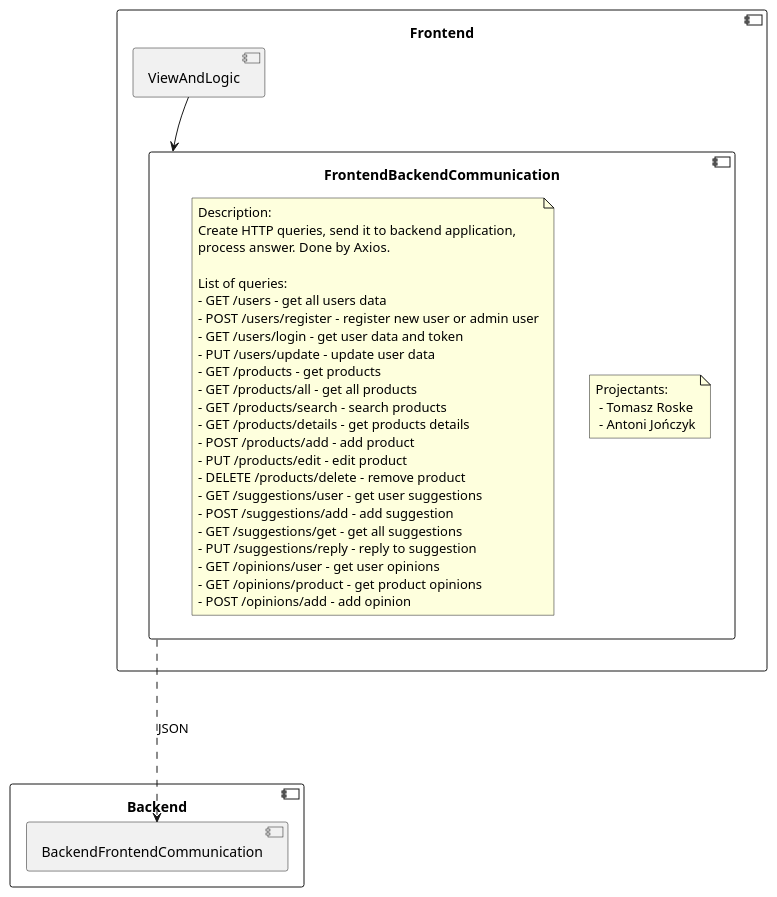
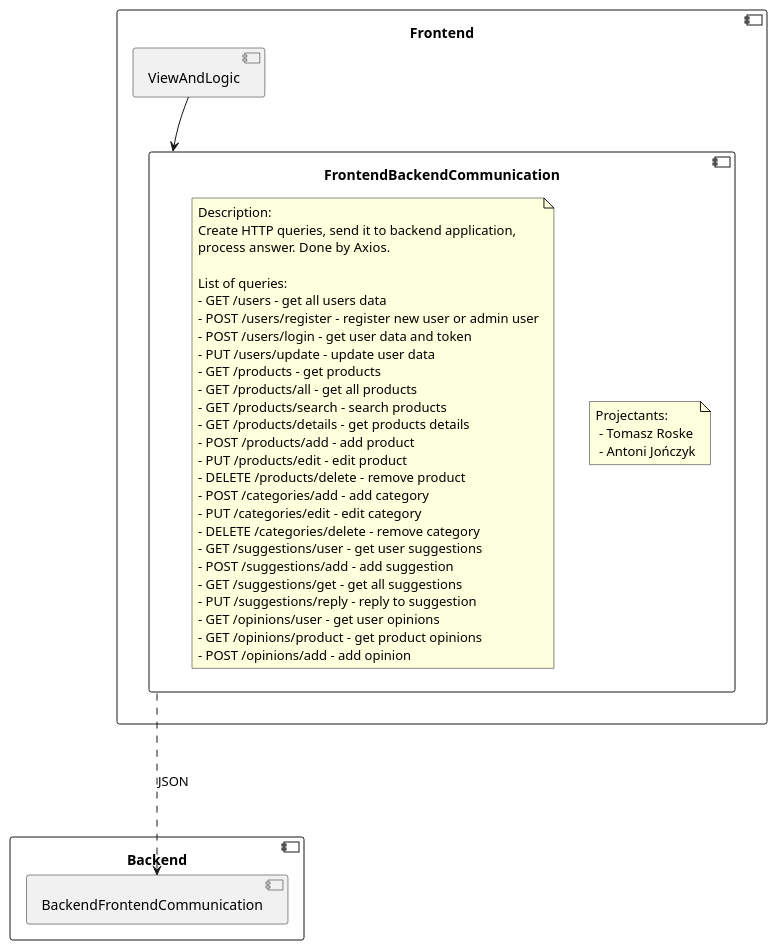
The diagram in frontend/FrontendBackendCommunication.md (RadekBucki/OpinionCollectorArchitecture), drawn with PlantUML before and after one commit. The commit also changed 1 other file, not shown here.

Commit message:
Add categories and change /users/login to POST

````diff
--- a/frontend/FrontendBackendCommunication.md
+++ b/frontend/FrontendBackendCommunication.md
@@ -3,51 +3,54 @@
 ```plantuml
 @startuml
     
 component Frontend {
     component ViewAndLogic {
     }
     
     component FrontendBackendCommunication {
         note as Authors
             Projectants: 
              - Tomasz Roske
              - Antoni Jończyk
         endnote
         note as Description
             Description: 
             Create HTTP queries, send it to backend application,
             process answer. Done by Axios.
             
             List of queries:
             - GET /users - get all users data
             - POST /users/register - register new user or admin user
-            - GET /users/login - get user data and token
+            - POST /users/login - get user data and token
             - PUT /users/update - update user data
             - GET /products - get products
             - GET /products/all - get all products
             - GET /products/search - search products
             - GET /products/details - get products details
             - POST /products/add - add product
             - PUT /products/edit - edit product
             - DELETE /products/delete - remove product
+            - POST /categories/add - add category
+            - PUT /categories/edit - edit category
+            - DELETE /categories/delete - remove category
             - GET /suggestions/user - get user suggestions
             - POST /suggestions/add - add suggestion
             - GET /suggestions/get - get all suggestions
             - PUT /suggestions/reply - reply to suggestion
             - GET /opinions/user - get user opinions
             - GET /opinions/product - get product opinions
             - POST /opinions/add - add opinion
         endnote
     }
 }
 
 component Backend {
     component BackendFrontendCommunication {
     }
 }
 
 FrontendBackendCommunication --.> BackendFrontendCommunication: JSON
 ViewAndLogic                 -->  FrontendBackendCommunication
 
 @enduml 
 ```
````
